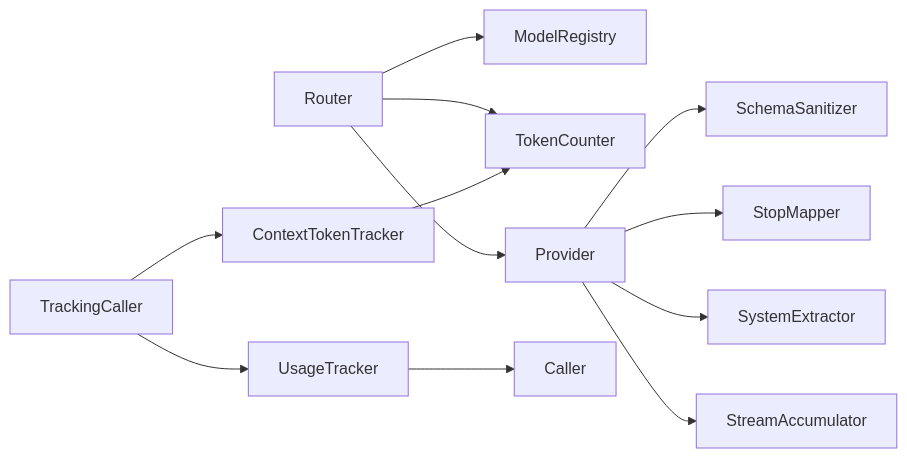
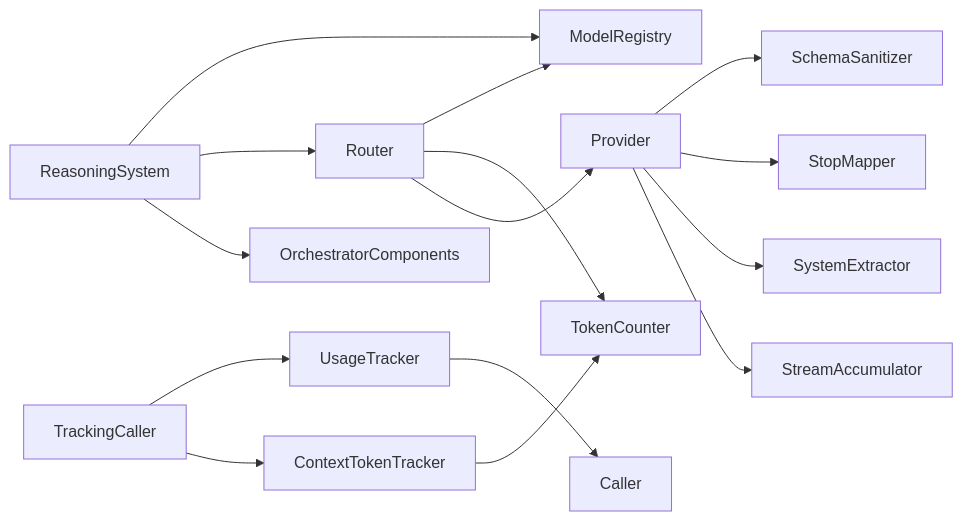
Diagram 12 of 12 in .qoder/repowiki/en/content/LLM Provider Integration/Utility Functions and Helpers.md (v0lka/c0wrk), drawn with Mermaid before and after one commit. The commit also changed other lines of this file and 25 other files, not shown here.

````diff
--- a/.qoder/repowiki/en/content/LLM Provider Integration/Utility Functions and Helpers.md
+++ b/.qoder/repowiki/en/content/LLM Provider Integration/Utility Functions and Helpers.md
@@ -474,14 +559,17 @@
 ```mermaid
 graph LR
 Router --> ModelRegistry
 Router --> TokenCounter
 Router --> Provider
 Provider --> SchemaSanitizer
 Provider --> StopMapper
 Provider --> SystemExtractor
 Provider --> StreamAccumulator
 UsageTracker --> Caller
 TrackingCaller --> UsageTracker
 TrackingCaller --> ContextTokenTracker
 ContextTokenTracker --> TokenCounter
+ReasoningSystem --> ModelRegistry
+ReasoningSystem --> Router
+ReasoningSystem --> OrchestratorComponents
 ```
````
